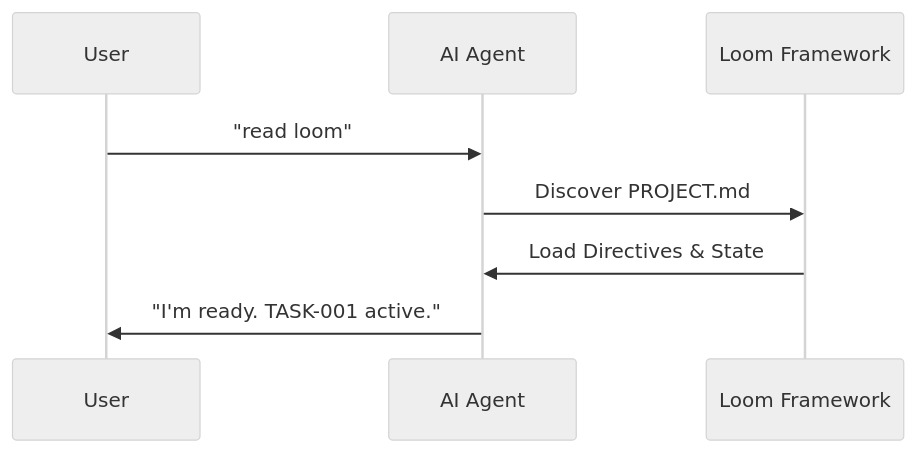
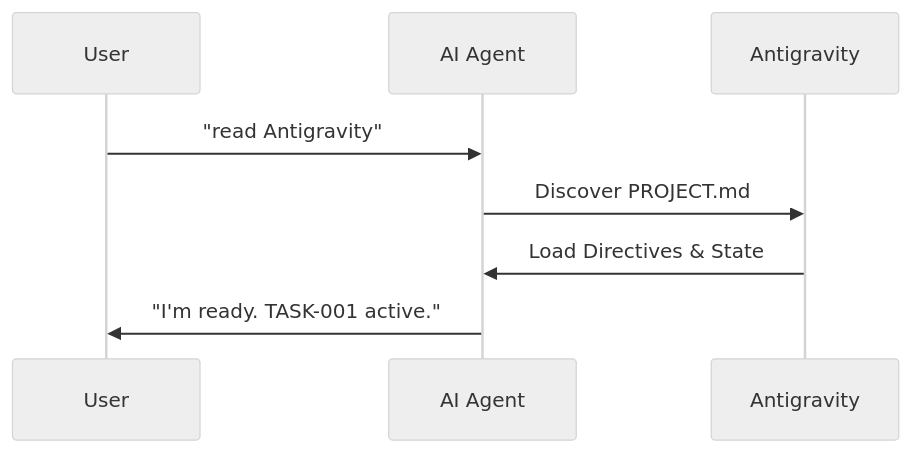
One commit to otto78/loom-framework changed the second of 4 diagrams in ABSTRACT.md. Above: the diagram before and after it, drawn with Mermaid (neutral theme). The commit also changed other lines of this file and 85 other files, not shown here.

````diff
--- a/ABSTRACT.md
+++ b/ABSTRACT.md
@@ -36,10 +36,10 @@
 ```mermaid
 sequenceDiagram
     participant U as User
     participant A as AI Agent
-    participant L as Loom Framework
-    U->>A: "read loom"
+    participant L as Antigravity
+    U->>A: "read Antigravity"
     A->>L: Discover PROJECT.md
     L->>A: Load Directives & State
     A->>U: "I'm ready. TASK-001 active."
 ```
````
